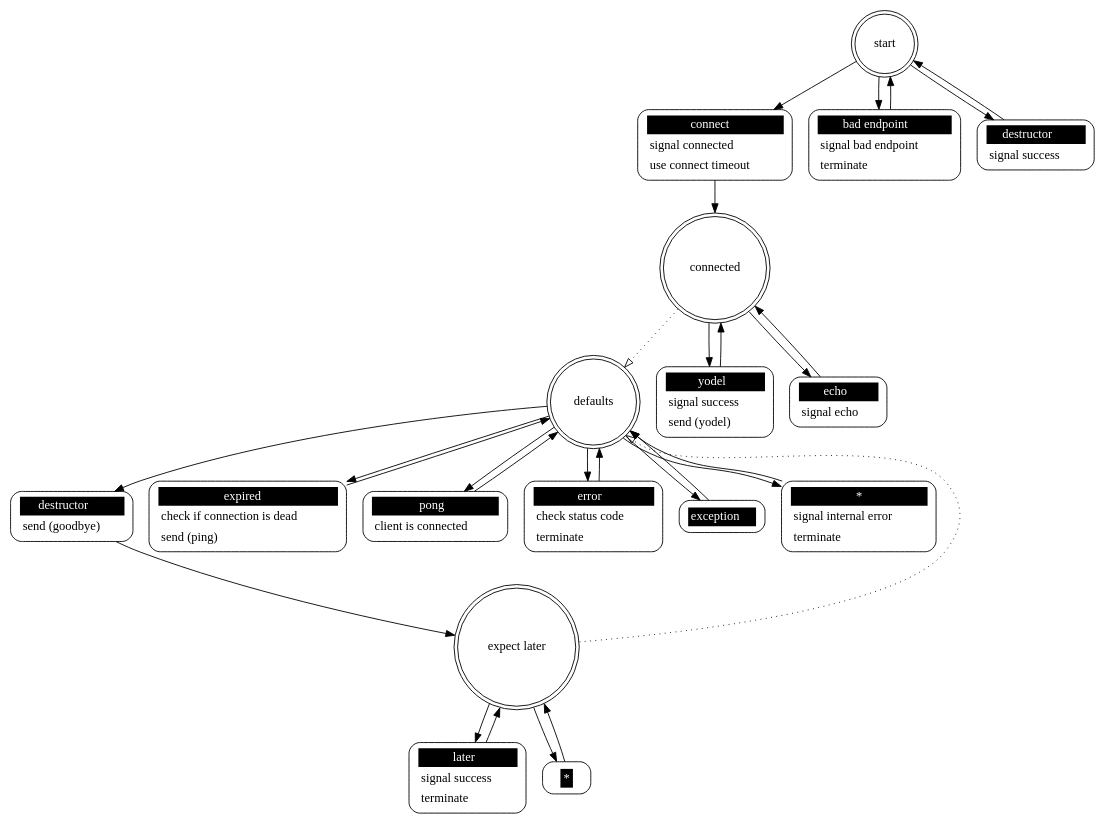
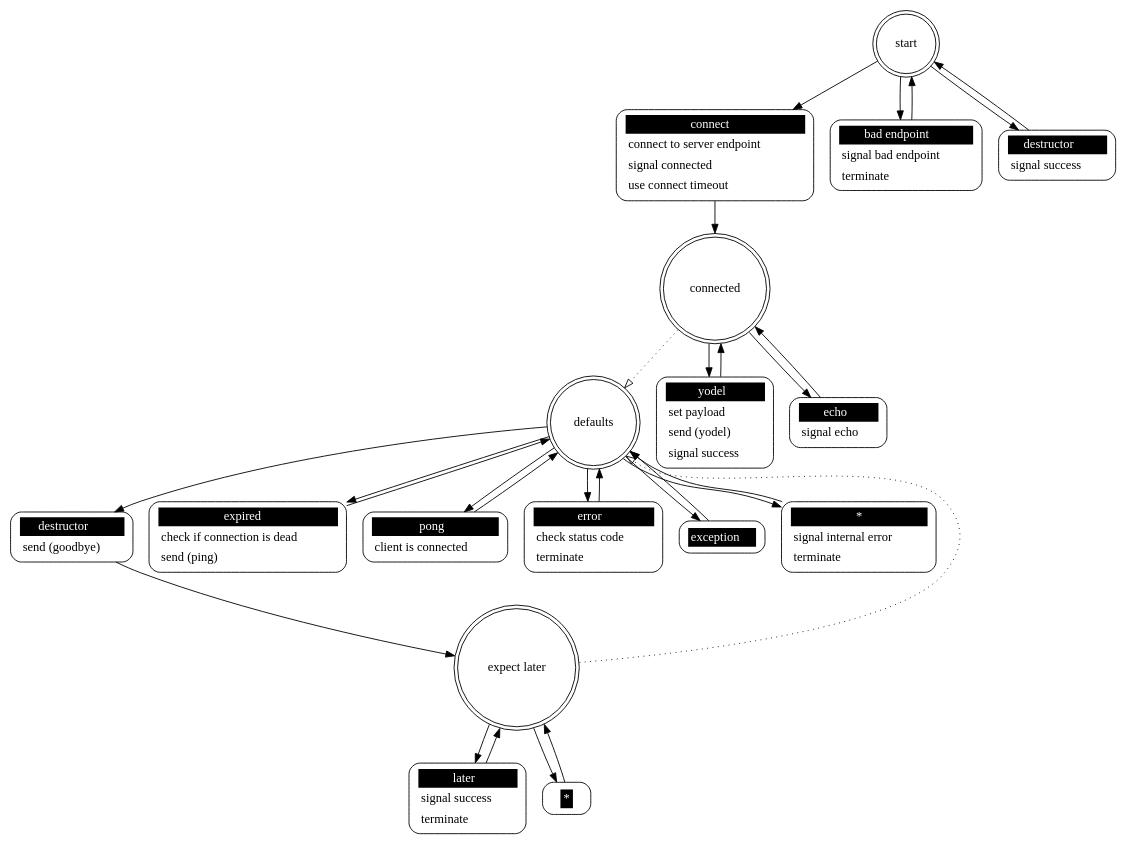
Before and after one commit to brettviren/zee: the diagram in src/zee_client.dot, drawn with Graphviz. The commit also changed 4 other files, not shown here.

```diff
--- a/src/zee_client.dot
+++ b/src/zee_client.dot
@@ -1,52 +1,52 @@
 ## Automatically generated from zee_client.xml by gsl
 digraph "zee_client" {
  "connected" -> "defaults" [style=dotted,arrowhead=empty]
  "expect later" -> "defaults" [style=dotted,arrowhead=empty]
 
  "start" [shape = "doublecircle"];
- "start connect" [shape = "Mrecord" style = solid label = <<table border="0" cellborder="0" cellpadding="3" bgcolor="white"><tr><td bgcolor="black" align="center" colspan="2"><font color="white">connect</font></td></tr><tr><td align="left" port="r3">signal connected</td></tr><tr><td align="left" port="r3">use connect timeout</td></tr></table>>];
+ "start connect" [shape = "Mrecord" style = solid label = <<table border="0" cellborder="0" cellpadding="3" bgcolor="white"><tr><td bgcolor="black" align="center" colspan="2"><font color="white">connect</font></td></tr><tr><td align="left" port="r3">connect to server endpoint</td></tr><tr><td align="left" port="r3">signal connected</td></tr><tr><td align="left" port="r3">use connect timeout</td></tr></table>>];
  "start" -> "start connect";
  "start connect" -> "connected";
  "start bad endpoint" [shape = "Mrecord" style = solid label = <<table border="0" cellborder="0" cellpadding="3" bgcolor="white"><tr><td bgcolor="black" align="center" colspan="2"><font color="white">bad endpoint</font></td></tr><tr><td align="left" port="r3">signal bad endpoint</td></tr><tr><td align="left" port="r3">terminate</td></tr></table>>];
  "start" -> "start bad endpoint";
  "start bad endpoint" -> "start";
  "start destructor" [shape = "Mrecord" style = solid label = <<table border="0" cellborder="0" cellpadding="3" bgcolor="white"><tr><td bgcolor="black" align="center" colspan="2"><font color="white">destructor</font></td></tr><tr><td align="left" port="r3">signal success</td></tr></table>>];
  "start" -> "start destructor";
  "start destructor" -> "start";
 
  "connected" [shape = "doublecircle"];
- "connected yodel" [shape = "Mrecord" style = solid label = <<table border="0" cellborder="0" cellpadding="3" bgcolor="white"><tr><td bgcolor="black" align="center" colspan="2"><font color="white">yodel</font></td></tr><tr><td align="left" port="r3">signal success</td></tr><tr><td align="left" port="r3">send (yodel)</td></tr></table>>];
+ "connected yodel" [shape = "Mrecord" style = solid label = <<table border="0" cellborder="0" cellpadding="3" bgcolor="white"><tr><td bgcolor="black" align="center" colspan="2"><font color="white">yodel</font></td></tr><tr><td align="left" port="r3">set payload</td></tr><tr><td align="left" port="r3">send (yodel)</td></tr><tr><td align="left" port="r3">signal success</td></tr></table>>];
  "connected" -> "connected yodel";
  "connected yodel" -> "connected";
  "connected echo" [shape = "Mrecord" style = solid label = <<table border="0" cellborder="0" cellpadding="3" bgcolor="white"><tr><td bgcolor="black" align="center" colspan="2"><font color="white">echo</font></td></tr><tr><td align="left" port="r3">signal echo</td></tr></table>>];
  "connected" -> "connected echo";
  "connected echo" -> "connected";
 
  "expect later" [shape = "doublecircle"];
  "expect later later" [shape = "Mrecord" style = solid label = <<table border="0" cellborder="0" cellpadding="3" bgcolor="white"><tr><td bgcolor="black" align="center" colspan="2"><font color="white">later</font></td></tr><tr><td align="left" port="r3">signal success</td></tr><tr><td align="left" port="r3">terminate</td></tr></table>>];
  "expect later" -> "expect later later";
  "expect later later" -> "expect later";
  "expect later *" [shape = "Mrecord" style = solid label = <<table border="0" cellborder="0" cellpadding="3" bgcolor="white"><tr><td bgcolor="black" align="center" colspan="2"><font color="white">*</font></td></tr></table>>];
  "expect later" -> "expect later *";
  "expect later *" -> "expect later";
 
  "defaults" [shape = "doublecircle"];
  "defaults destructor" [shape = "Mrecord" style = solid label = <<table border="0" cellborder="0" cellpadding="3" bgcolor="white"><tr><td bgcolor="black" align="center" colspan="2"><font color="white">destructor</font></td></tr><tr><td align="left" port="r3">send (goodbye)</td></tr></table>>];
  "defaults" -> "defaults destructor";
  "defaults destructor" -> "expect later";
  "defaults expired" [shape = "Mrecord" style = solid label = <<table border="0" cellborder="0" cellpadding="3" bgcolor="white"><tr><td bgcolor="black" align="center" colspan="2"><font color="white">expired</font></td></tr><tr><td align="left" port="r3">check if connection is dead</td></tr><tr><td align="left" port="r3">send (ping)</td></tr></table>>];
  "defaults" -> "defaults expired";
  "defaults expired" -> "defaults";
  "defaults pong" [shape = "Mrecord" style = solid label = <<table border="0" cellborder="0" cellpadding="3" bgcolor="white"><tr><td bgcolor="black" align="center" colspan="2"><font color="white">pong</font></td></tr><tr><td align="left" port="r3">client is connected</td></tr></table>>];
  "defaults" -> "defaults pong";
  "defaults pong" -> "defaults";
  "defaults error" [shape = "Mrecord" style = solid label = <<table border="0" cellborder="0" cellpadding="3" bgcolor="white"><tr><td bgcolor="black" align="center" colspan="2"><font color="white">error</font></td></tr><tr><td align="left" port="r3">check status code</td></tr><tr><td align="left" port="r3">terminate</td></tr></table>>];
  "defaults" -> "defaults error";
  "defaults error" -> "defaults";
  "defaults exception" [shape = "Mrecord" style = solid label = <<table border="0" cellborder="0" cellpadding="3" bgcolor="white"><tr><td bgcolor="black" align="center" colspan="2"><font color="white">exception</font></td></tr></table>>];
  "defaults" -> "defaults exception";
  "defaults exception" -> "defaults";
  "defaults *" [shape = "Mrecord" style = solid label = <<table border="0" cellborder="0" cellpadding="3" bgcolor="white"><tr><td bgcolor="black" align="center" colspan="2"><font color="white">*</font></td></tr><tr><td align="left" port="r3">signal internal error</td></tr><tr><td align="left" port="r3">terminate</td></tr></table>>];
  "defaults" -> "defaults *";
  "defaults *" -> "defaults";
 }
```
